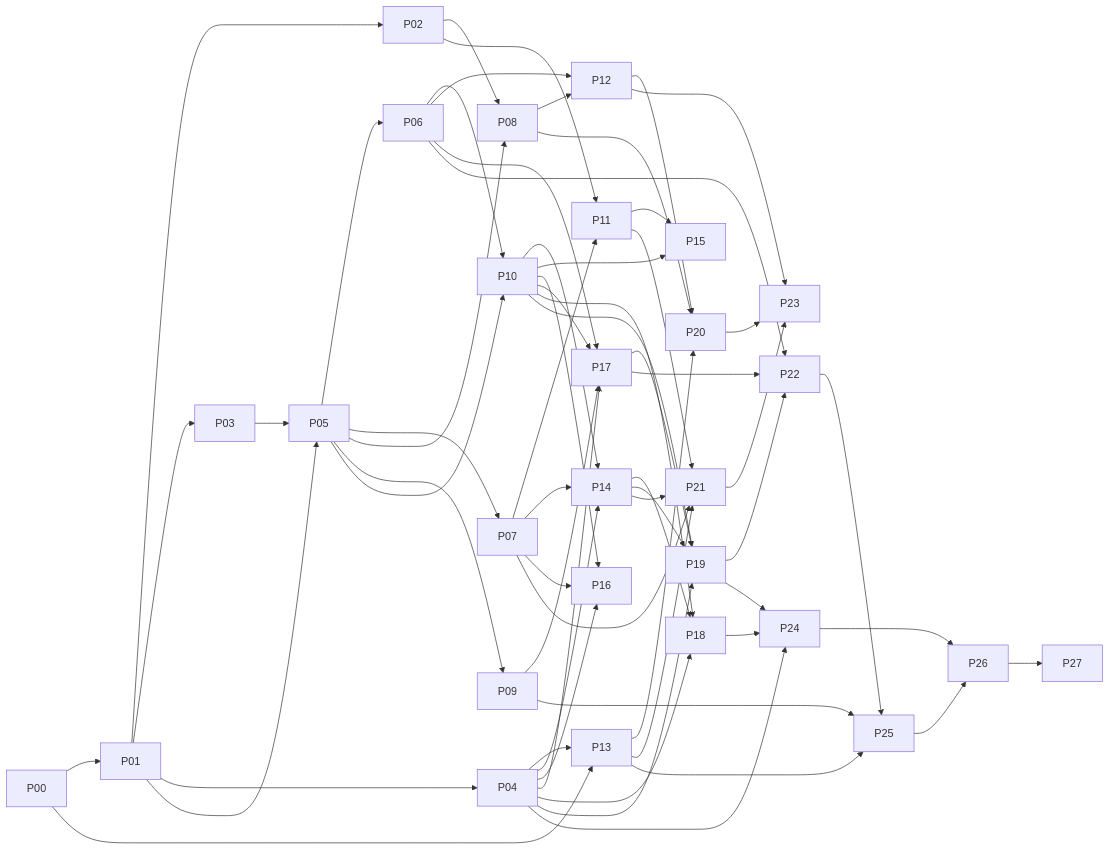
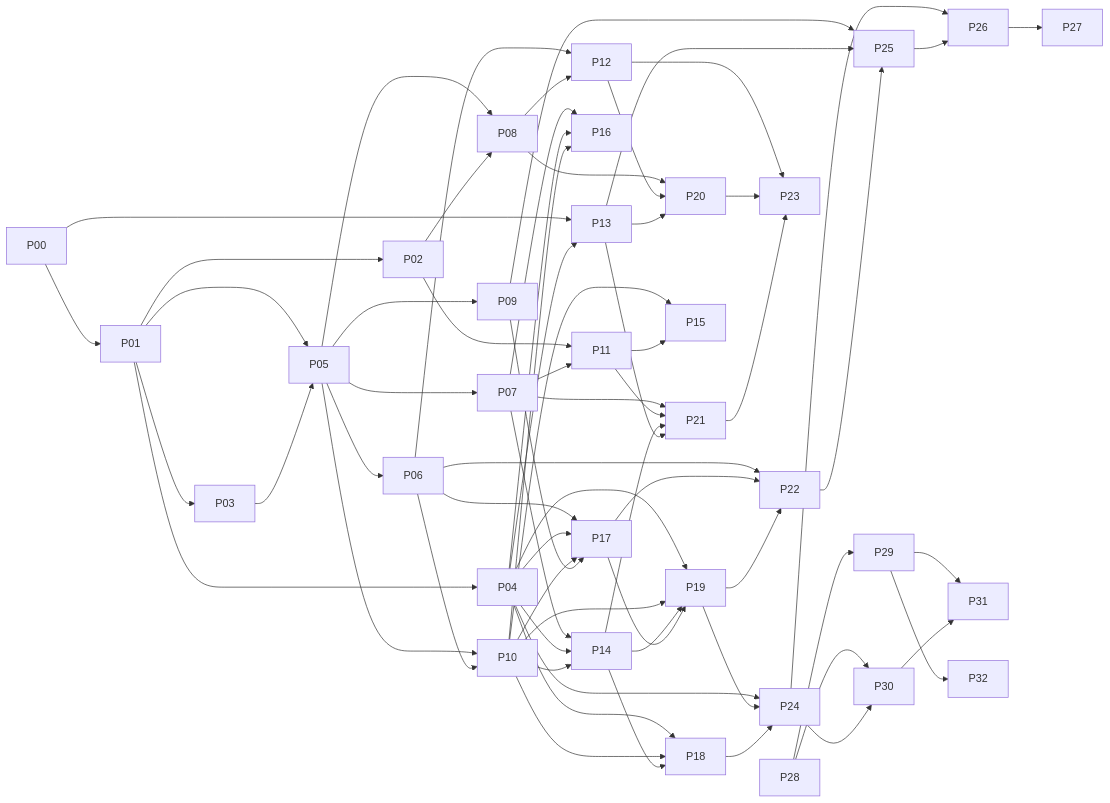
One commit to fgarofalo56/neurosphere changed the diagram in PRPs/PRP-MASTER-neurosphere.md. Above: the diagram before and after it, drawn with Mermaid. The commit also changed other lines of this file and 4 other files, not shown here.

````diff
--- a/PRPs/PRP-MASTER-neurosphere.md
+++ b/PRPs/PRP-MASTER-neurosphere.md
@@ -106,28 +111,32 @@
 ```mermaid
 flowchart LR
   P00 --> P01
   P01 --> P02 & P03 & P04 & P05
   P03 --> P05
   P05 --> P06 & P07 & P08 & P09 & P10
   P02 --> P08 & P11
   P07 --> P11 & P14 & P16 & P21
   P06 --> P10 & P12 & P17 & P22
   P08 --> P12 & P20
   P00 --> P13
   P04 --> P13 & P14 & P16 & P17 & P18 & P19 & P24
   P10 --> P14 & P15 & P16 & P17 & P18 & P19
   P11 --> P15 & P21
   P09 --> P17 & P25
   P14 --> P18 & P19 & P21
   P17 --> P19 & P22
   P12 --> P20 & P23
   P13 --> P20 & P21 & P25
   P19 --> P22 & P24
   P18 --> P24
   P20 --> P23
   P21 --> P23
   P22 --> P25
   P24 --> P26
   P25 --> P26
   P26 --> P27
+  P28 --> P29 & P30
+  P24 --> P30
+  P29 --> P31 & P32
+  P30 --> P31
 ```
````
